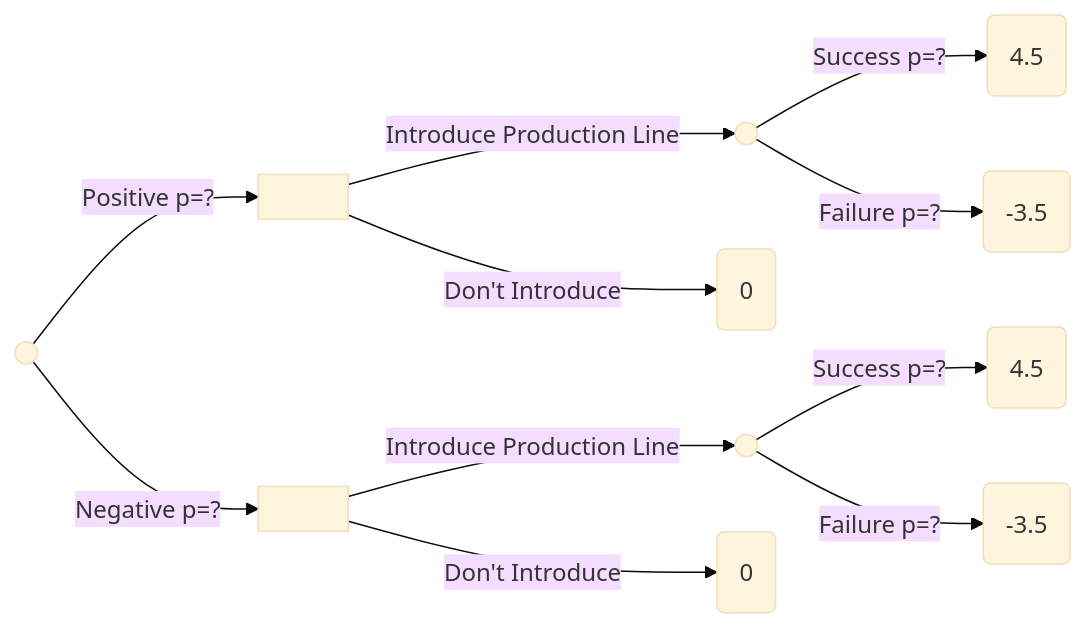
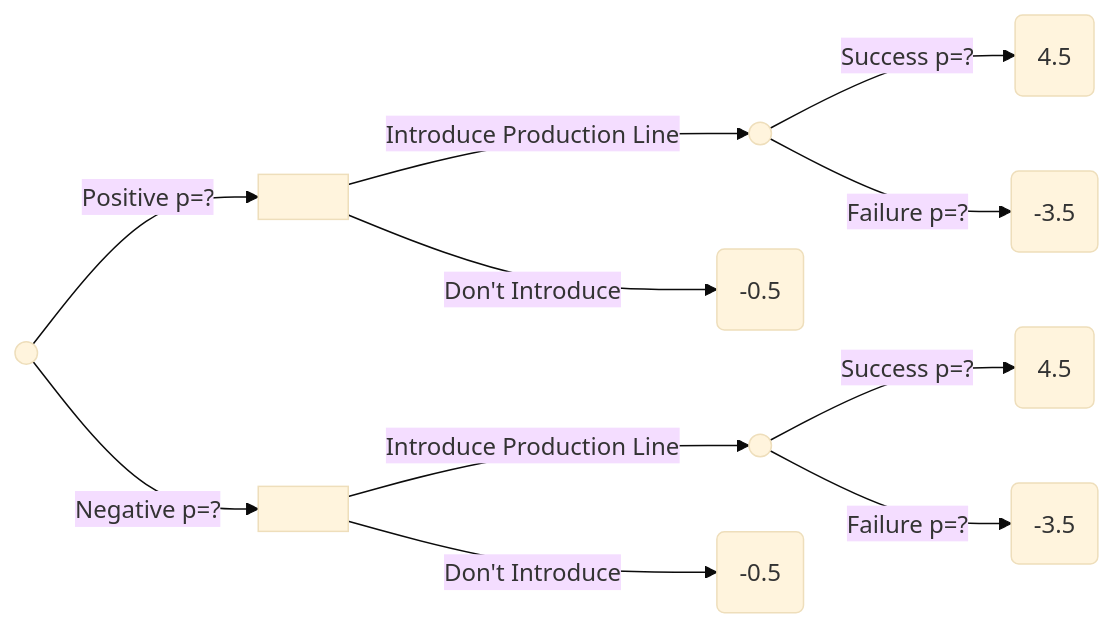
One commit to jagelves/DecisionModeling changed the second of 5 diagrams in Decisions.qmd. Above: the diagram before and after it, drawn with Mermaid (base theme). The commit also changed other lines of this file and 2 other files, not shown here.

````diff
--- a/Decisions.qmd
+++ b/Decisions.qmd
@@ -67,15 +67,15 @@
 ```{mermaid theme=darkly}
 %%| fig-width: 5
 graph LR
     F(( ))--> |Positive p=?| A[ ]
     A[ ] -->|Introduce Production Line| C(( )) 
-    A[ ] -->|Don't Introduce| B( 0 )
+    A[ ] -->|Don't Introduce| B( -0.5 )
     C -->|Success p=?| D( 4.5 )
     C -->|Failure p=?| E( -3.5 )
     
     F(( ))--> |Negative p=?| G[ ]
     G[ ] -->|Introduce Production Line| H(( )) 
-    G[ ] -->|Don't Introduce| I( 0 )
+    G[ ] -->|Don't Introduce| I( -0.5 )
     H -->|Success p=?| J( 4.5 )
     H -->|Failure p=?| K( -3.5 )
 ```
````
